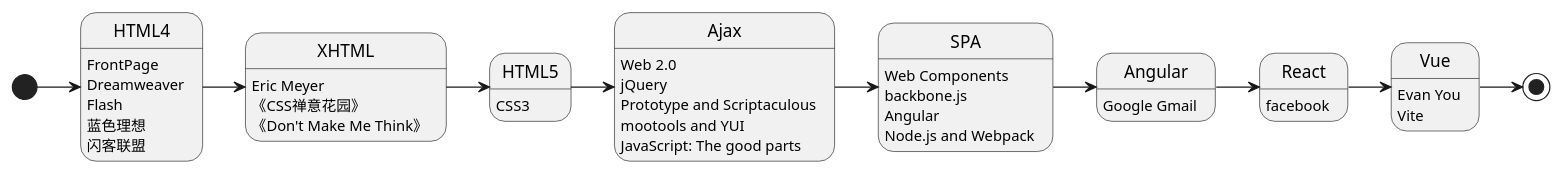
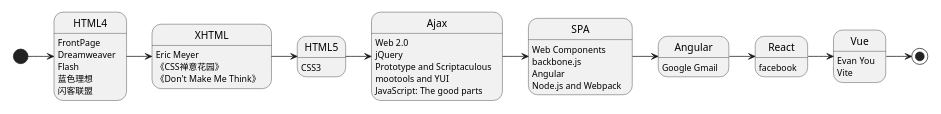
Before and after one commit to kaffa/kaffa: the diagram in docs/static/img/html-memoir.plantuml, drawn with PlantUML. The commit also changed 251 other files, not shown here.

```diff
--- a/docs/static/img/html-memoir.plantuml
+++ b/docs/static/img/html-memoir.plantuml
@@ -1,36 +1,37 @@
 @startuml
 
+scale 750 width
 [*] -> HTML4
 HTML4 -> XHTML
 XHTML -> HTML5
 HTML5 -> Ajax
 Ajax -> SPA
 SPA -> Angular
 Angular -> React
 React -> Vue
 Vue -> [*]
 
 HTML4: FrontPage
 HTML4: Dreamweaver
 HTML4: Flash
 HTML4: 蓝色理想
 HTML4: 闪客联盟
 XHTML: Eric Meyer
 XHTML: 《CSS禅意花园》
 XHTML: 《Don't Make Me Think》
 HTML5: CSS3
 Ajax: Web 2.0
 Ajax: jQuery
 Ajax: Prototype and Scriptaculous
 Ajax: mootools and YUI
 Ajax: JavaScript: The good parts
 SPA: Web Components
 SPA: backbone.js
 SPA: Angular
 SPA: Node.js and Webpack
 Angular: Google Gmail
 React: facebook
 Vue: Evan You
 Vue: Vite
 
 @enduml
```
